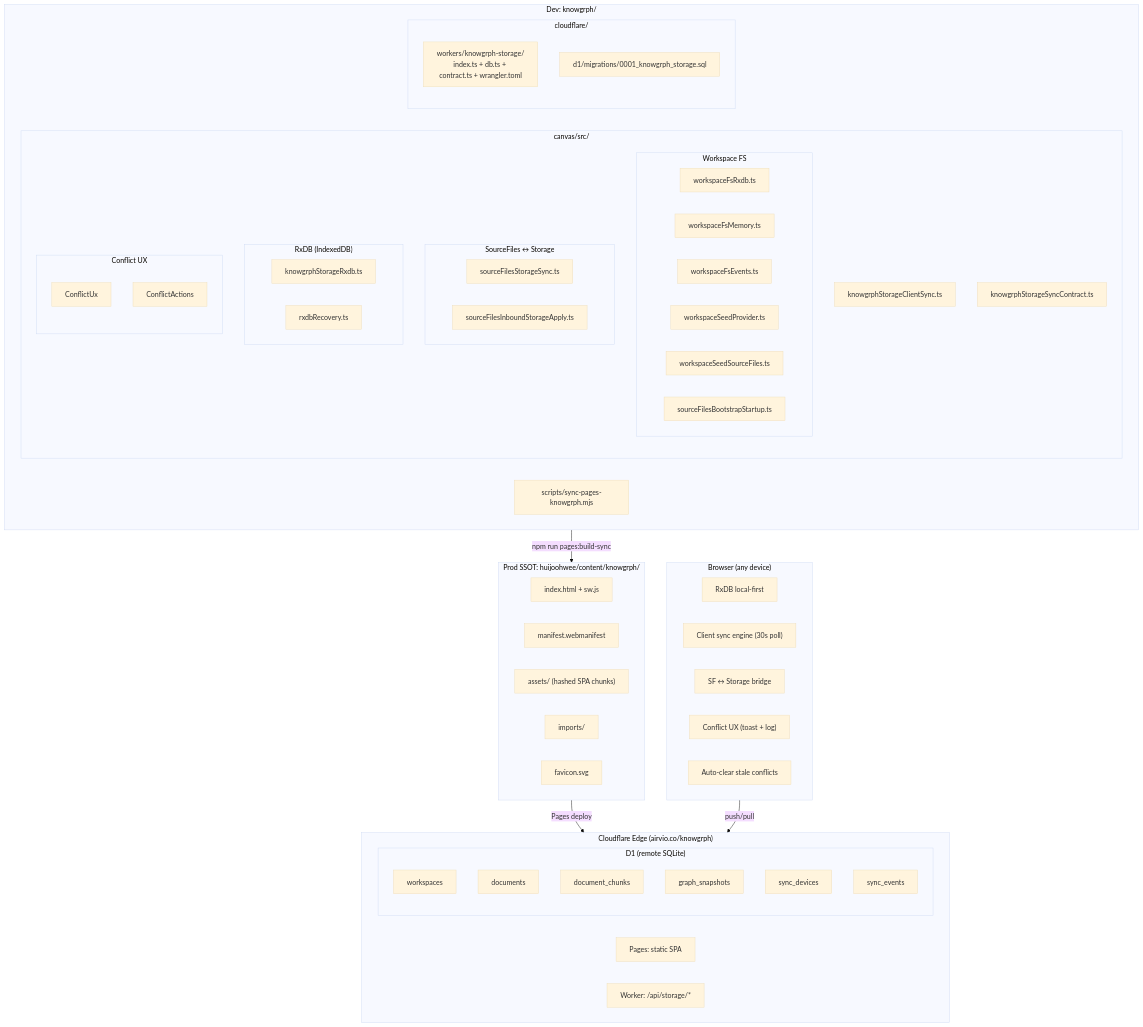
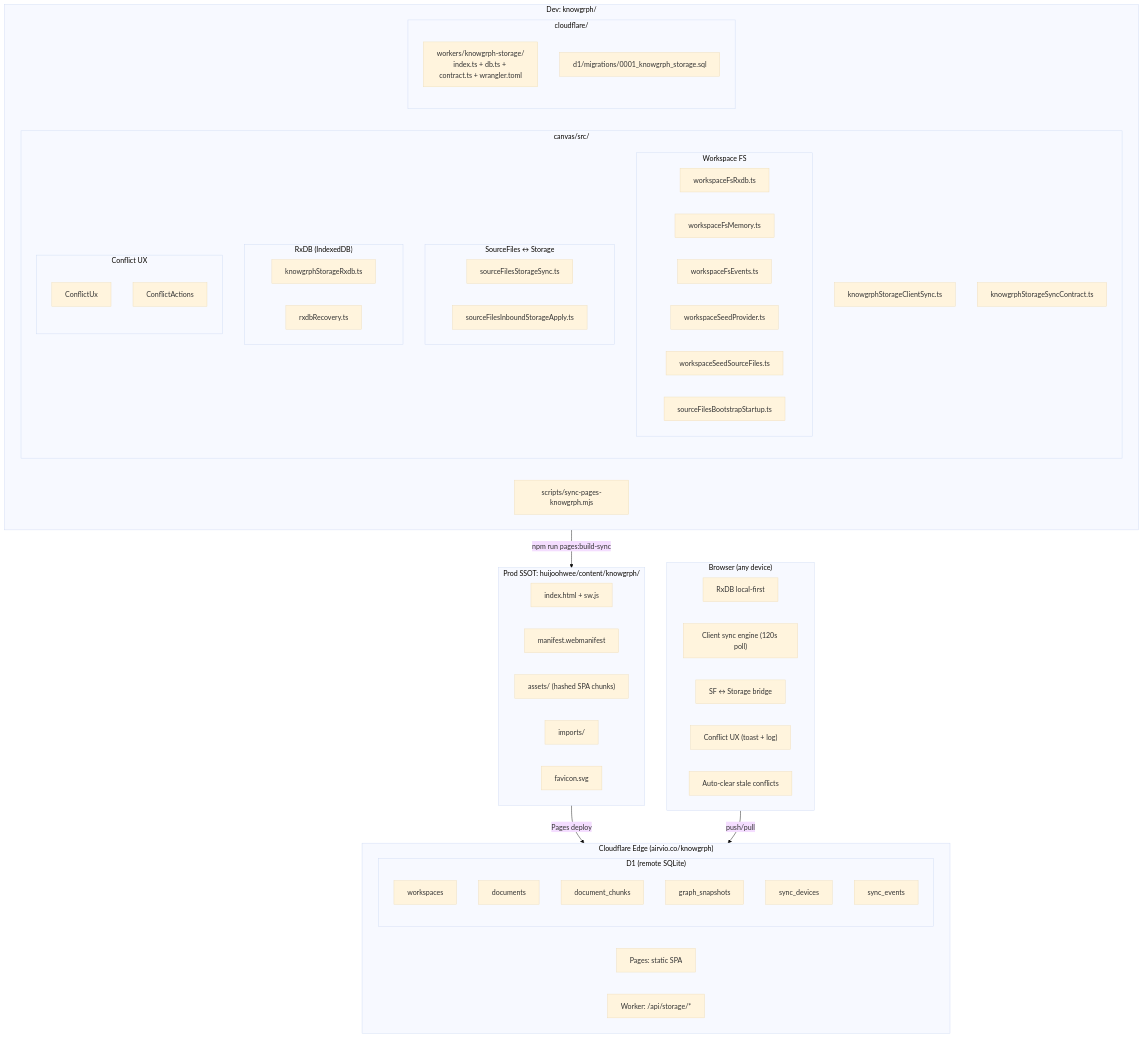
One commit to huijoohwee/knowgrph changed the first of 2 diagrams in docs/documents/knowgrph-storage-sync-document.md. Above: the diagram before and after it, drawn with Mermaid (base theme). The commit also changed other lines of this file and 4 other files, not shown here.

First line of the commit message:
perf(knowgrph-storage): reduce d1 write load, add sync event ttl, bump poll interval

````diff
--- a/docs/documents/knowgrph-storage-sync-document.md
+++ b/docs/documents/knowgrph-storage-sync-document.md
@@ -62,69 +63,69 @@
 ```mermaid
 flowchart TB
     subgraph Dev["Dev: knowgrph/"]
         subgraph canvas["canvas/src/"]
             subgraph fs["Workspace FS"]
                 fsRxdb["workspaceFsRxdb.ts"]
                 fsMem["workspaceFsMemory.ts"]
                 fsEvt["workspaceFsEvents.ts"]
                 seed["workspaceSeedProvider.ts"]
                 seedSF["workspaceSeedSourceFiles.ts"]
                 boot["sourceFilesBootstrapStartup.ts"]
             end
             subgraph bridge["SourceFiles ↔ Storage"]
                 sfSync["sourceFilesStorageSync.ts"]
                 sfInbound["sourceFilesInboundStorageApply.ts"]
             end
             subgraph rxdb["RxDB (IndexedDB)"]
                 storageRxdb["knowgrphStorageRxdb.ts"]
                 recovery["rxdbRecovery.ts"]
             end
             syncEngine["knowgrphStorageClientSync.ts"]
             contract["knowgrphStorageSyncContract.ts"]
             subgraph conflict["Conflict UX"]
                 conflictUx["ConflictUx"]
                 conflictAct["ConflictActions"]
             end
         end
         subgraph cf["cloudflare/"]
             worker["workers/knowgrph-storage/<br/>index.ts + db.ts + contract.ts + wrangler.toml"]
             migration["d1/migrations/0001_knowgrph_storage.sql"]
         end
         scripts["scripts/sync-pages-knowgrph.mjs"]
     end
 
     Dev -->|"npm run pages:build-sync"| ProdSSOT
 
     subgraph ProdSSOT["Prod SSOT: huijoohwee/content/knowgrph/"]
         index["index.html + sw.js"]
         manifest["manifest.webmanifest"]
         assets["assets/ (hashed SPA chunks)"]
         data["imports/"]
         favicon["favicon.svg"]
     end
 
     ProdSSOT -->|"Pages deploy"| Edge
 
     subgraph Edge["Cloudflare Edge (airvio.co/knowgrph)"]
         pages["Pages: static SPA"]
         workerDeployed["Worker: /api/storage/*"]
         subgraph d1r["D1 (remote SQLite)"]
             r1["workspaces"]
             r2["documents"]
             r3["document_chunks"]
             r4["graph_snapshots"]
             r5["sync_devices"]
             r6["sync_events"]
         end
     end
 
     subgraph Browser["Browser (any device)"]
         brxdb["RxDB local-first"]
-        bsync["Client sync engine (30s poll)"]
+        bsync["Client sync engine (120s poll)"]
         bbridge["SF ↔ Storage bridge"]
         bconflict["Conflict UX (toast + log)"]
         bautoClear["Auto-clear stale conflicts"]
     end
 
     Browser -->|"push/pull"| Edge
 ```
````
